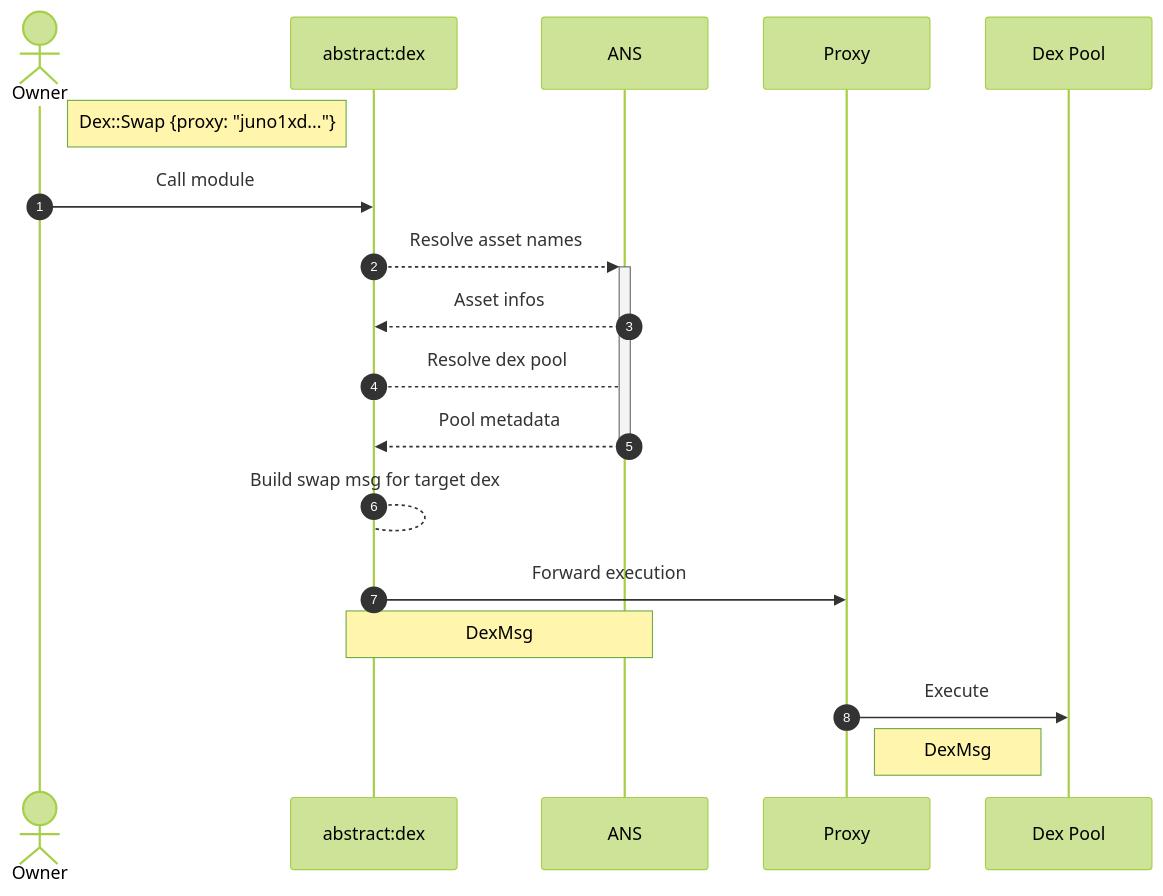
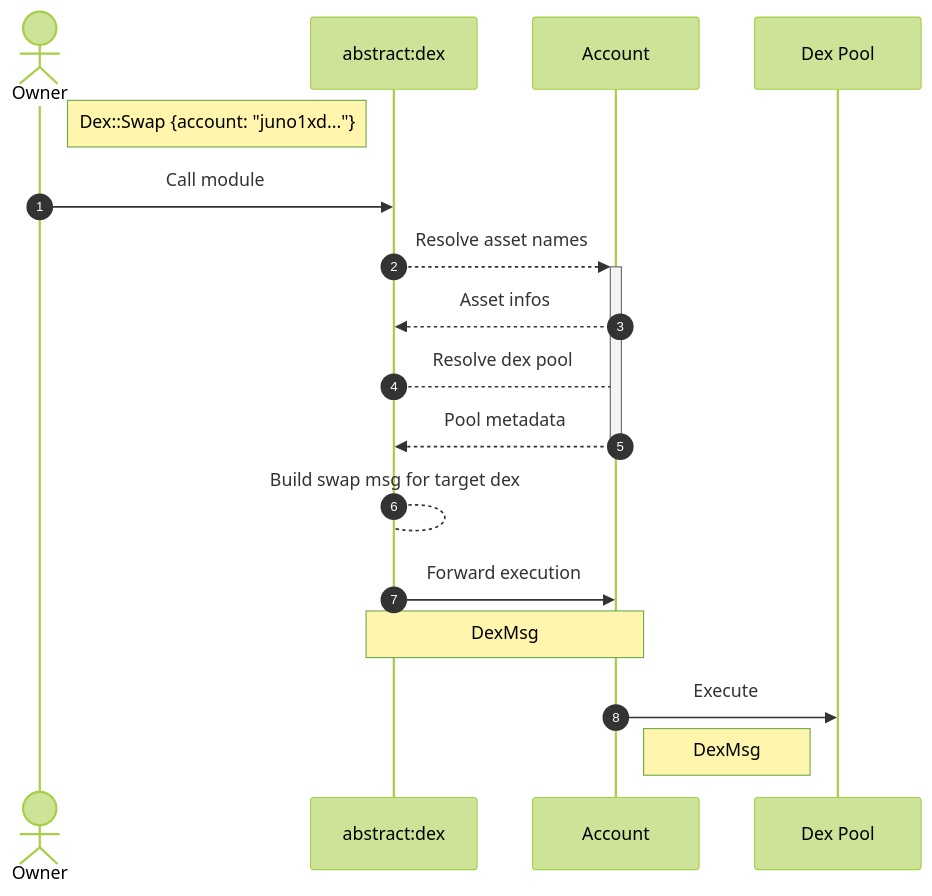
Before and after one commit to AbstractSDK/abstract: the third of 4 diagrams in framework/docs/src/5_platform/5_module_factory.md, drawn with Mermaid (forest theme). The commit also changed other lines of this file and 137 other files, not shown here.

````diff
--- a/framework/docs/src/5_platform/5_module_factory.md
+++ b/framework/docs/src/5_platform/5_module_factory.md
@@ -62,20 +61,20 @@
 ```mermaid
 sequenceDiagram
     autonumber
     actor U as Owner
     participant D as abstract:dex
     participant A as ANS
-    participant P as Proxy
+    participant A as Account
     participant T as Dex Pool
-    Note right of U: Dex::Swap {proxy: "juno1xd..."}
+    Note right of U: Dex::Swap {account: "juno1xd..."}
     U ->> D: Call module
     D -->>+ A: Resolve asset names
     A -->> D: Asset infos
     D --> A: Resolve dex pool
     A -->>- D: Pool metadata
     D --> D: Build swap msg for target dex
-    D ->> P: Forward execution
+    D ->> A: Forward execution
     Note over D, A: DexMsg
-    P ->> T: Execute
-    Note right of P: DexMsg
+    A ->> T: Execute
+    Note right of A: DexMsg
 ```
````
